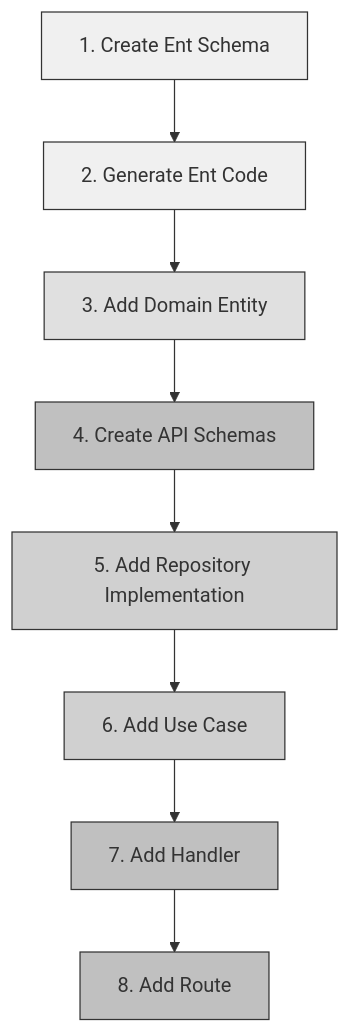
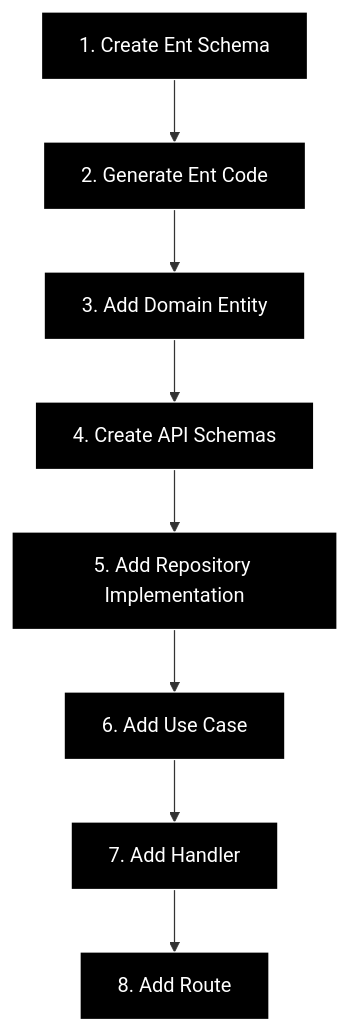
One commit to ohta-rh/go-backend-boilerplate changed the third of 6 diagrams in README.md. Above: the diagram before and after it, drawn with Mermaid. The commit also changed other lines of this file, not shown here.

````diff
--- a/README.md
+++ b/README.md
@@ -159,20 +159,20 @@
 ```mermaid
 flowchart TD
     A[1. Create Ent Schema] --> B[2. Generate Ent Code]
     B --> C[3. Add Domain Entity]
     C --> D[4. Create API Schemas]
     D --> E[5. Add Repository Implementation]
     E --> F[6. Add Use Case]
     F --> G[7. Add Handler]
     G --> H[8. Add Route]
     
-    classDef schema fill:#f0f0f0,stroke:#333,stroke-width:1px;
-    classDef domain fill:#e0e0e0,stroke:#333,stroke-width:1px;
-    classDef impl fill:#d0d0d0,stroke:#333,stroke-width:1px;
-    classDef api fill:#c0c0c0,stroke:#333,stroke-width:1px;
+    classDef schema fill:#000000,stroke:#ffffff,stroke-width:1px,color:#ffffff;
+    classDef domain fill:#000000,stroke:#ffffff,stroke-width:1px,color:#ffffff;
+    classDef impl fill:#000000,stroke:#ffffff,stroke-width:1px,color:#ffffff;
+    classDef api fill:#000000,stroke:#ffffff,stroke-width:1px,color:#ffffff;
     
     class A,B schema;
     class C domain;
     class D,G,H api;
     class E,F impl;
 ```
````
